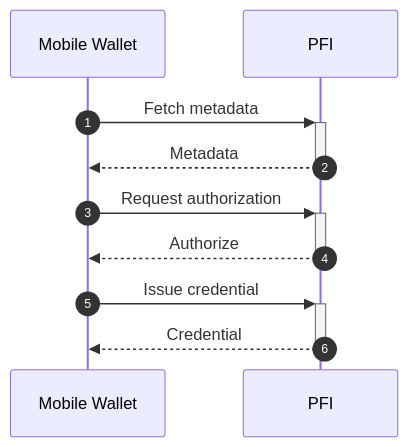
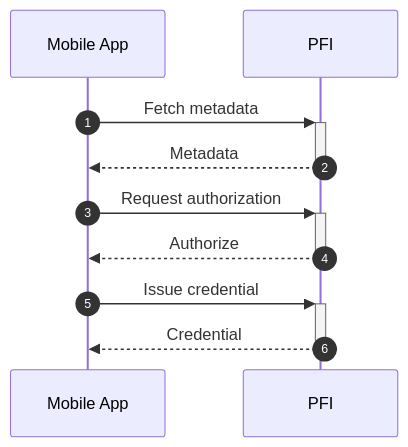
One commit to TBD54566975/known-customer-credential changed the fifth of 6 diagrams in README.md. Above: the diagram before and after it, drawn with Mermaid. The commit also changed other lines of this file, not shown here.

````diff
--- a/README.md
+++ b/README.md
@@ -346,14 +410,14 @@
 ```mermaid
 sequenceDiagram
 autonumber
 
-participant D as Mobile Wallet
+participant D as Mobile App
 participant P as PFI
 
 D->>+P: Fetch metadata
 P-->>-D: Metadata
 D->>+P: Request authorization
 P-->>-D: Authorize
 D->>+P: Issue credential
 P-->>-D: Credential
 ```
````
